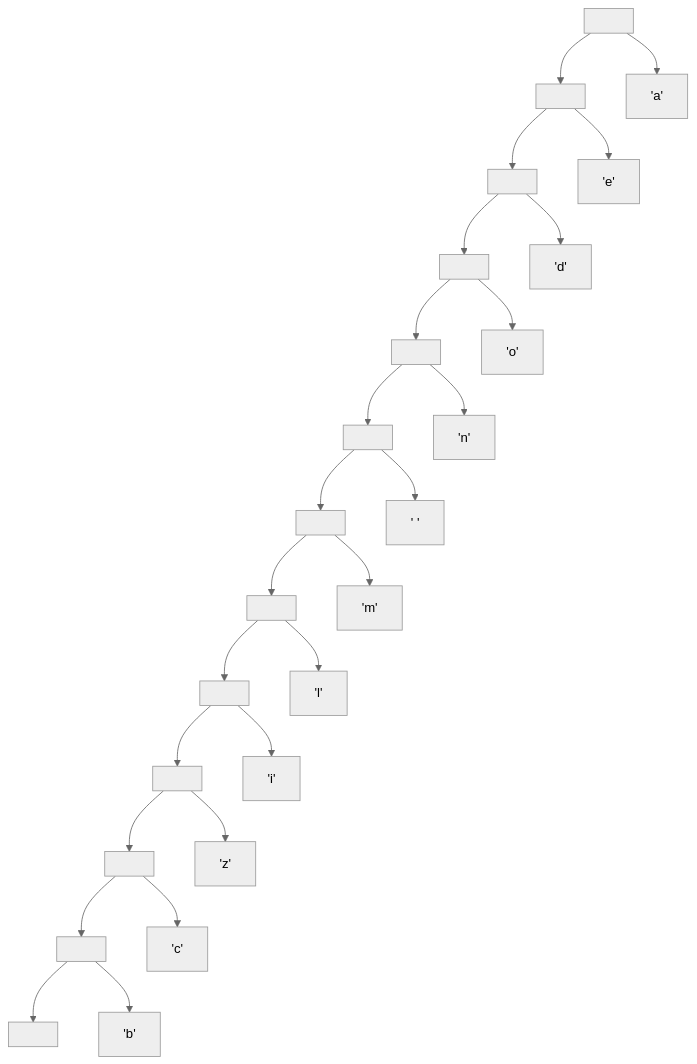
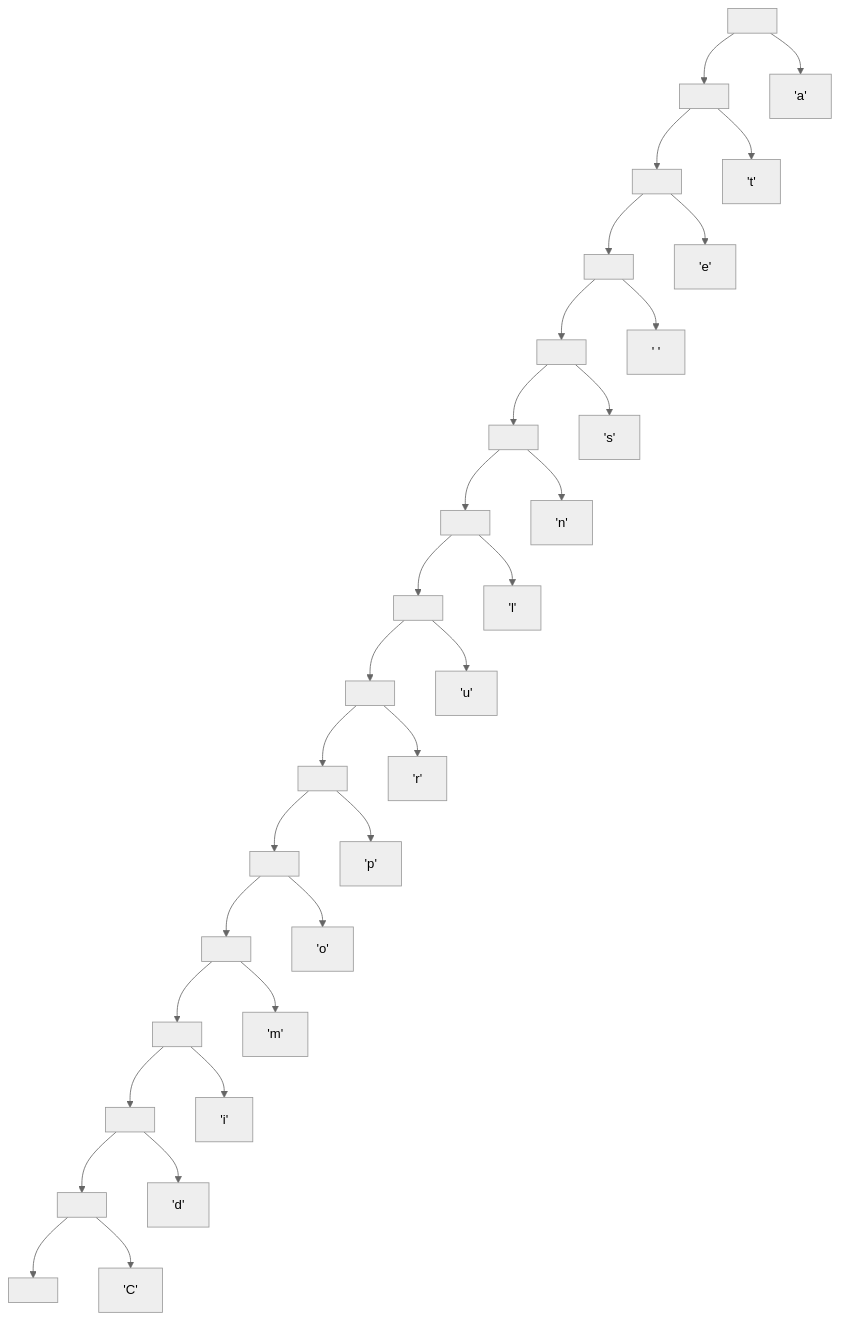
One commit to evanrock520-ciencias/ED-Laboratorio changed the diagram in Proyecto/README.md. Above: the diagram before and after it, drawn with Mermaid (neutral theme).

Commit message:
docs: arreglando el árbol de Mermaid

````diff
--- a/Proyecto/README.md
+++ b/Proyecto/README.md
@@ -65,29 +65,67 @@
 ```mermaid
 graph TD
-    B[" "]
-    B --> C[" "]
-    C --> D[" "]
-    D --> E[" "]
-    E --> F[" "]
-    F --> G[" "]
-    G --> H[" "]
-    H --> I[" "]
-    I --> J[" "]
-    J --> K[" "]
-    K --> L[" "]
-    L --> M[" "]
-    M --> P[" "]
-    M --> b["'b'"]
-    L --> c["'c'"]
-    K --> z["'z'"]
-    J --> i["'i'"]
-    I --> l["'l'"]
-    H --> m["'m'"]
-    G --> s["' '"]
-    F --> n["'n'"]
-    E --> o["'o'"]
-    D --> d["'d'"]
-    C --> e["'e'"]
-    B --> a["'a'"]
+    A[" "]
+    A1[" "]
+    A2[" "]
+    A3[" "]
+    A4[" "]
+    A5[" "]
+    A6[" "]
+    A7[" "]
+    A8[" "]
+    A9[" "]
+    A10[" "]
+    A11[" "]
+    A12[" "]
+    A13[" "]
+    A14[" "]
+    A16[" "]
+
+    H1["'C'"]
+    H2["'d'"]
+    H3["'i'"]
+    H4["'m'"]
+    H5["'o'"]
+    H6["'p'"]
+    H7["'r'"]
+    H8["'u'"]
+    H9["'l'"]
+    H10["'n'"]
+    H11["'s'"]
+    H12["' '"]
+    H13["'e'"]
+    H14["'t'"]
+    H15["'a'"]
+
+    A --> A1
+    A --> H15
+    A1 --> A2
+    A1 --> H14
+    A2 --> A3
+    A2 --> H13
+    A3 --> A4
+    A3 --> H12
+    A4 --> A5
+    A4 --> H11
+    A5 --> A6
+    A5 --> H10
+    A6 --> A7
+    A6 --> H9
+    A7 --> A8
+    A7 --> H8
+    A8 --> A9
+    A8 --> H7
+    A9 --> A10
+    A9 --> H6
+    A10 --> A11
+    A10 --> H5
+    A11 --> A12
+    A11 --> H4
+    A12 --> A13
+    A12 --> H3
+    A13 --> A14
+    A13 --> H2
+    A14 --> A16
+    A14 --> H1
 
 ```
````
